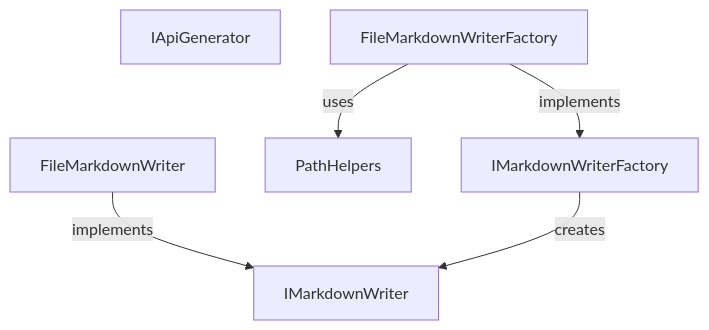
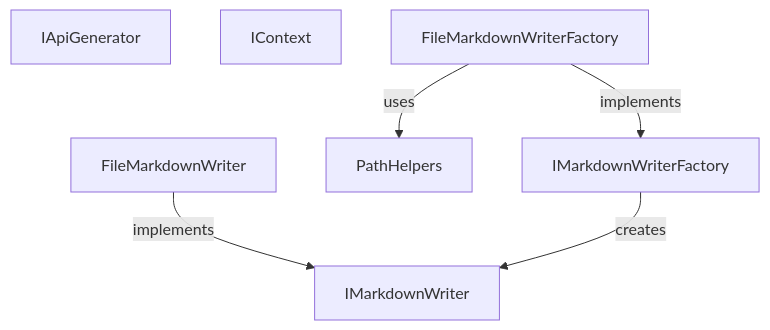
Before and after one commit to demaconsulting/ApiMark: the diagram in docs/design/api-mark-core.md, drawn with Mermaid. The commit also changed other lines of this file and 91 other files, not shown here.

````diff
--- a/docs/design/api-mark-core.md
+++ b/docs/design/api-mark-core.md
@@ -15,11 +15,12 @@
 ```mermaid
 flowchart TD
     IApiGenerator
+    IContext
     IMarkdownWriterFactory
     IMarkdownWriter
     PathHelpers
     FileMarkdownWriterFactory --> |implements| IMarkdownWriterFactory
     FileMarkdownWriter --> |implements| IMarkdownWriter
     IMarkdownWriterFactory --> |creates| IMarkdownWriter
     FileMarkdownWriterFactory --> |uses| PathHelpers
 ```
````
